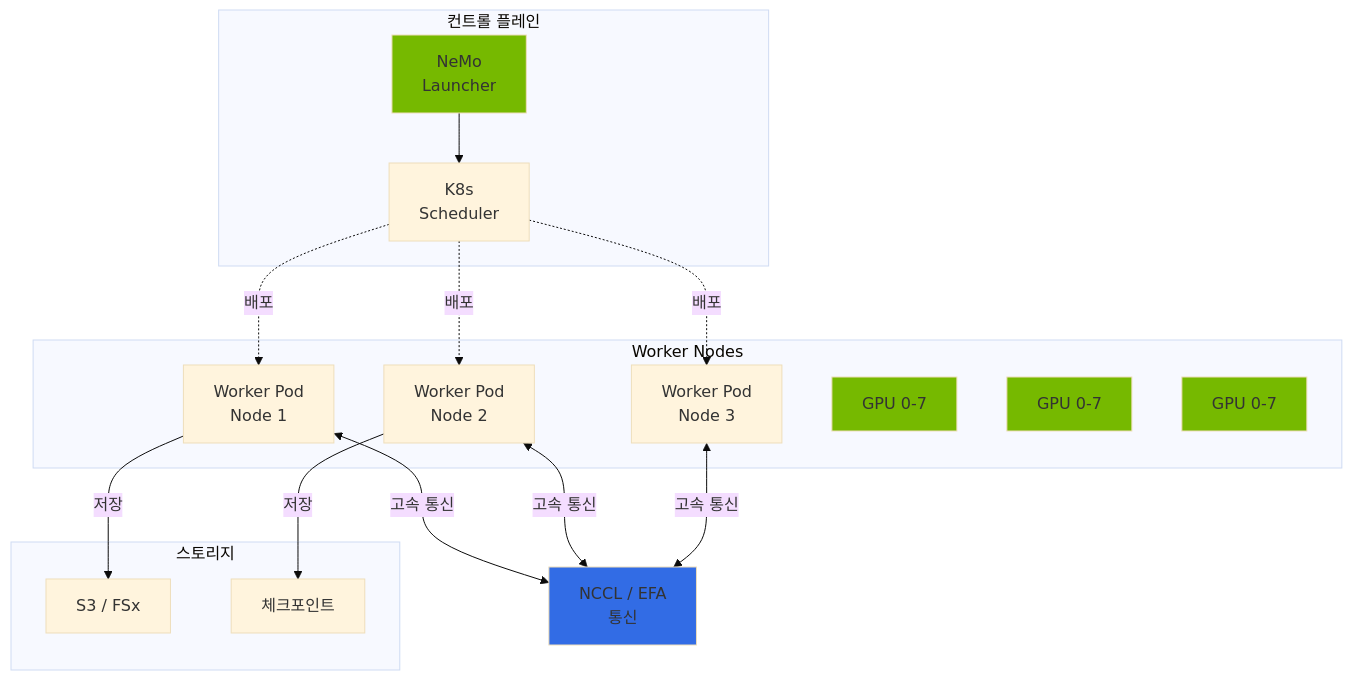
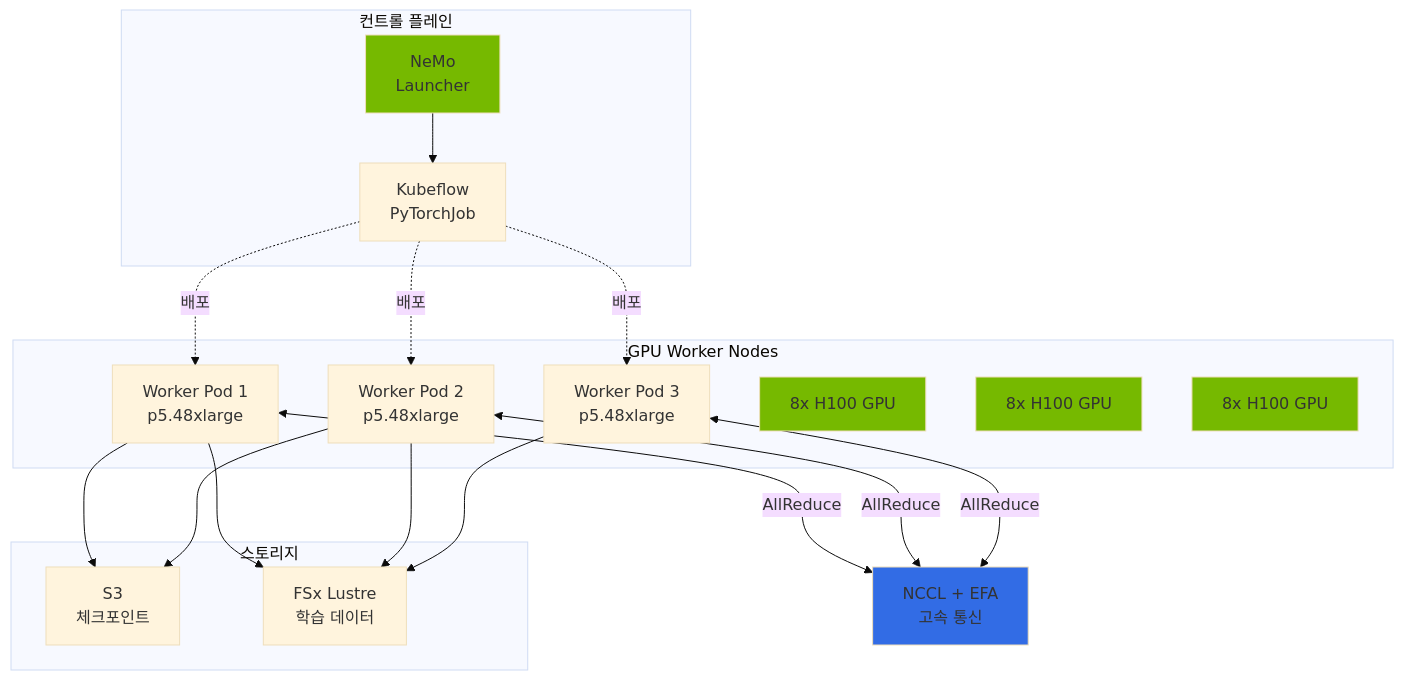
One commit to devfloor9/engineering-playbook changed the second of 6 diagrams in docs/agentic-ai-platform/model-serving/nemo-framework.md. Above: the diagram before and after it, drawn with Mermaid (base theme). The commit also changed other lines of this file and 5 other files, not shown here.

````diff
--- a/docs/agentic-ai-platform/model-serving/nemo-framework.md
+++ b/docs/agentic-ai-platform/model-serving/nemo-framework.md
@@ -60,41 +68,44 @@
 ```mermaid
 flowchart TB
     subgraph Control["컨트롤 플레인"]
         Launcher[NeMo<br/>Launcher]
-        Scheduler[K8s<br/>Scheduler]
+        Scheduler[Kubeflow<br/>PyTorchJob]
     end
 
-    subgraph Workers["Worker Nodes"]
-        W1[Worker Pod<br/>Node 1]
-        W2[Worker Pod<br/>Node 2]
-        W3[Worker Pod<br/>Node 3]
-        G1[GPU 0-7]
-        G2[GPU 0-7]
-        G3[GPU 0-7]
+    subgraph Workers["GPU Worker Nodes"]
+        W1[Worker Pod 1<br/>p5.48xlarge]
+        W2[Worker Pod 2<br/>p5.48xlarge]
+        W3[Worker Pod 3<br/>p5.48xlarge]
+        G1[8x H100 GPU]
+        G2[8x H100 GPU]
+        G3[8x H100 GPU]
     end
 
     subgraph Storage["스토리지"]
-        S3[S3 / FSx]
-        CP[체크포인트]
+        S3[S3<br/>체크포인트]
+        FSx[FSx Lustre<br/>학습 데이터]
     end
 
-    NCCL[NCCL / EFA<br/>통신]
+    NCCL[NCCL + EFA<br/>고속 통신]
 
     Launcher --> Scheduler
     Scheduler -.->|배포| W1
     Scheduler -.->|배포| W2
     Scheduler -.->|배포| W3
 
-    W1 <-->|고속 통신| NCCL
-    W2 <-->|고속 통신| NCCL
-    W3 <-->|고속 통신| NCCL
+    W1 <-->|AllReduce| NCCL
+    W2 <-->|AllReduce| NCCL
+    W3 <-->|AllReduce| NCCL
 
-    W1 -->|저장| S3
-    W2 -->|저장| CP
+    W1 --> S3
+    W2 --> S3
+    W1 --> FSx
+    W2 --> FSx
+    W3 --> FSx
 
     style Launcher fill:#76b900
     style NCCL fill:#326ce5
     style G1 fill:#76b900
     style G2 fill:#76b900
     style G3 fill:#76b900
 ```
````
